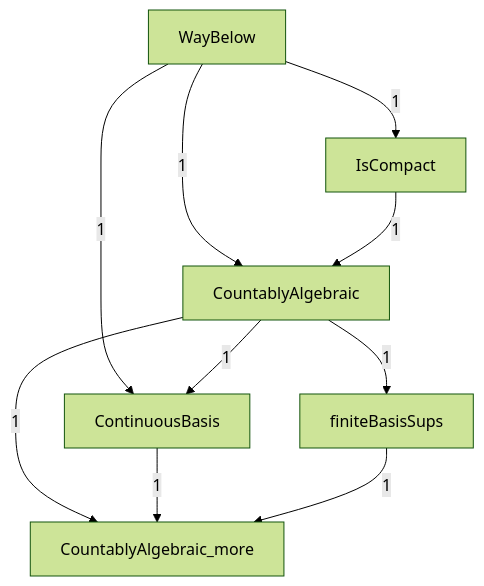
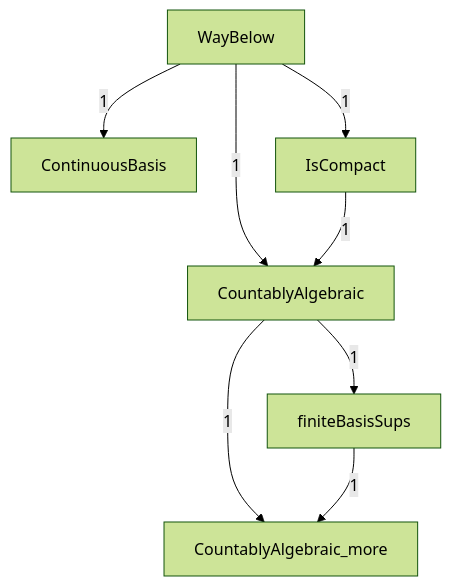
The diagram in DomainTheory/DataTypesAsLattices/FixedLattices/FixedLattices.mermaid (catskillsresearch/DomainTheory), drawn with Mermaid (forest theme) before and after one commit. The commit also changed 24 other files, not shown here.

```diff
--- a/DomainTheory/DataTypesAsLattices/FixedLattices/FixedLattices.mermaid
+++ b/DomainTheory/DataTypesAsLattices/FixedLattices/FixedLattices.mermaid
@@ -1,24 +1,22 @@
 %% Inside FixedLattices. A box is one Lean file in this folder, or one subfolder.
 %% A box named as another folder is that whole folder. A box named as another chapter is that whole chapter.
 %% The arrowhead points at the file or folder that imports. The label is how many direct imports.
 flowchart TB
 
   N7["ContinuousBasis"]
   N6["CountablyAlgebraic"]
   CountablyAlgebraic_more["CountablyAlgebraic_more"]
   N8["finiteBasisSups"]
   N5["IsCompact"]
   N4["WayBelow"]
 
   N6 -->|"1"| CountablyAlgebraic_more
-  N7 -->|"1"| CountablyAlgebraic_more
   N8 -->|"1"| CountablyAlgebraic_more
   N4 -->|"1"| N5
   N4 -->|"1"| N6
   N5 -->|"1"| N6
   N4 -->|"1"| N7
-  N6 -->|"1"| N7
   N6 -->|"1"| N8
 
   classDef file fill:#dbeafe,stroke:#1d4ed8,color:#1e3a8a
   classDef ext fill:#f3f4f6,stroke:#374151,color:#111827
```
